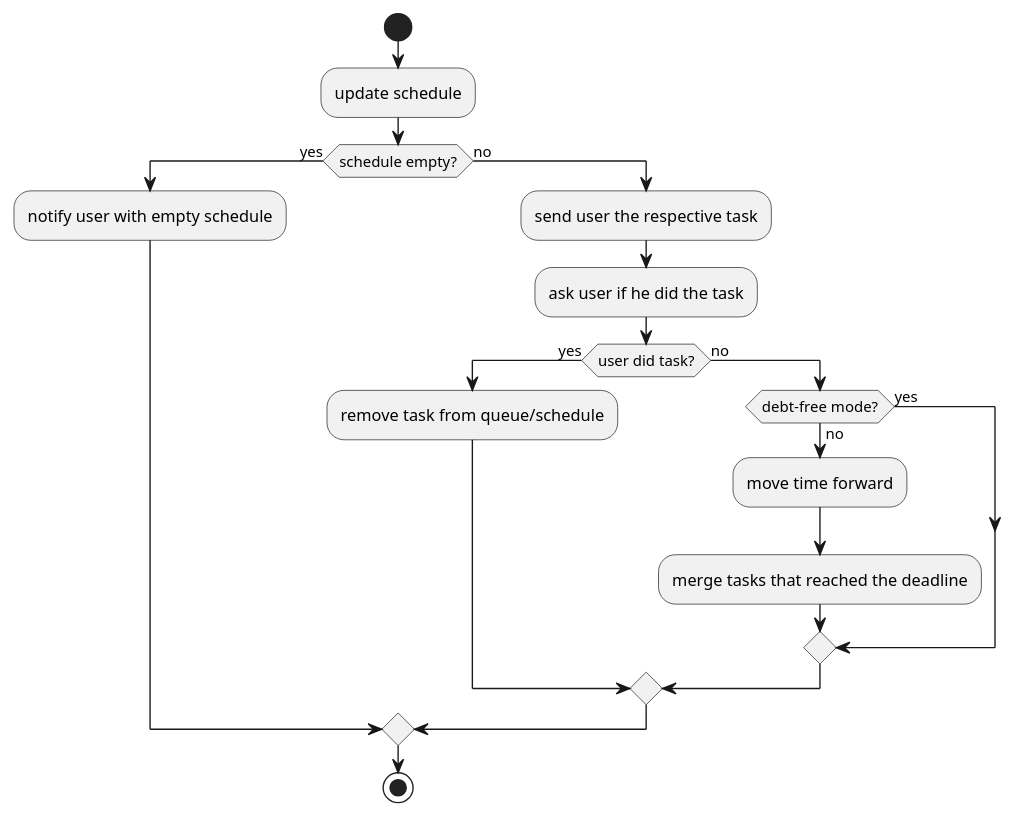
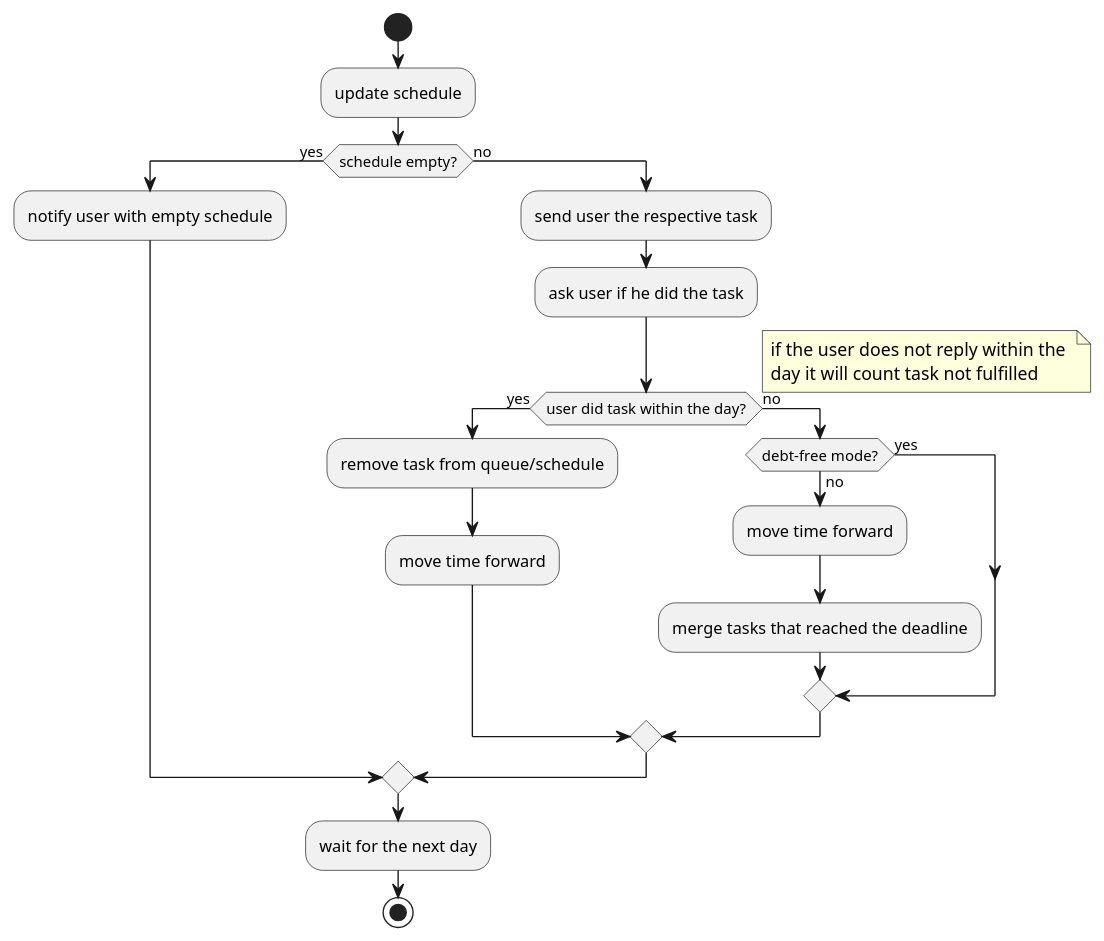
One commit to Ozhead/household_schedule changed the diagram in plantuml/daily_workflow.puml. Above: the diagram before and after it, drawn with PlantUML. The commit also changed 1 other file, not shown here.

```diff
--- a/plantuml/daily_workflow.puml
+++ b/plantuml/daily_workflow.puml
@@ -1,26 +1,31 @@
 @startuml daily workflow
 start
 :update schedule;
 
 if (schedule empty?) then (yes)
   :notify user with empty schedule;
 else (no)
   :send user the respective task;
   :ask user if he did the task;
 
-  if (user did task?) then (yes)
+  if (user did task within the day?) then (yes)
+    note right 
+    if the user does not reply within the 
+    day it will count task not fulfilled
+    end note
     :remove task from queue/schedule;
+    :move time forward;
   else (no)
   
     if (debt-free mode?) then (yes)
     else (no)
       :move time forward;
       :merge tasks that reached the deadline;
     endif
 
   endif
 
 endif
-
+:wait for the next day;
 stop
 @enduml
```
